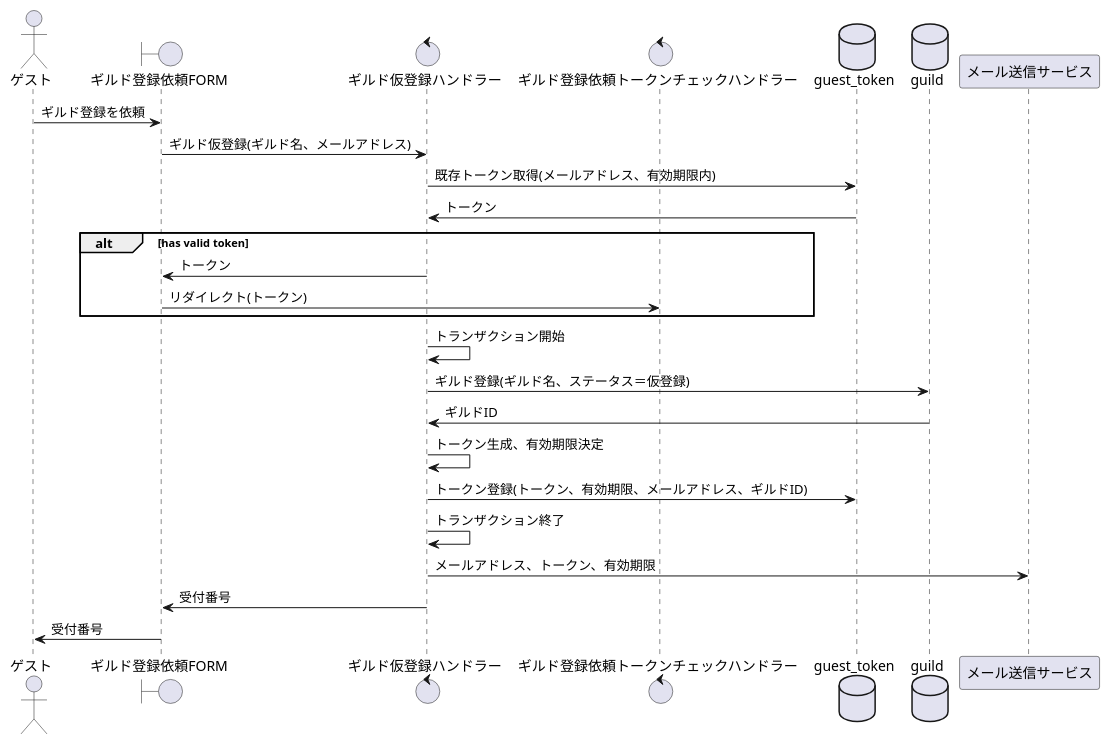
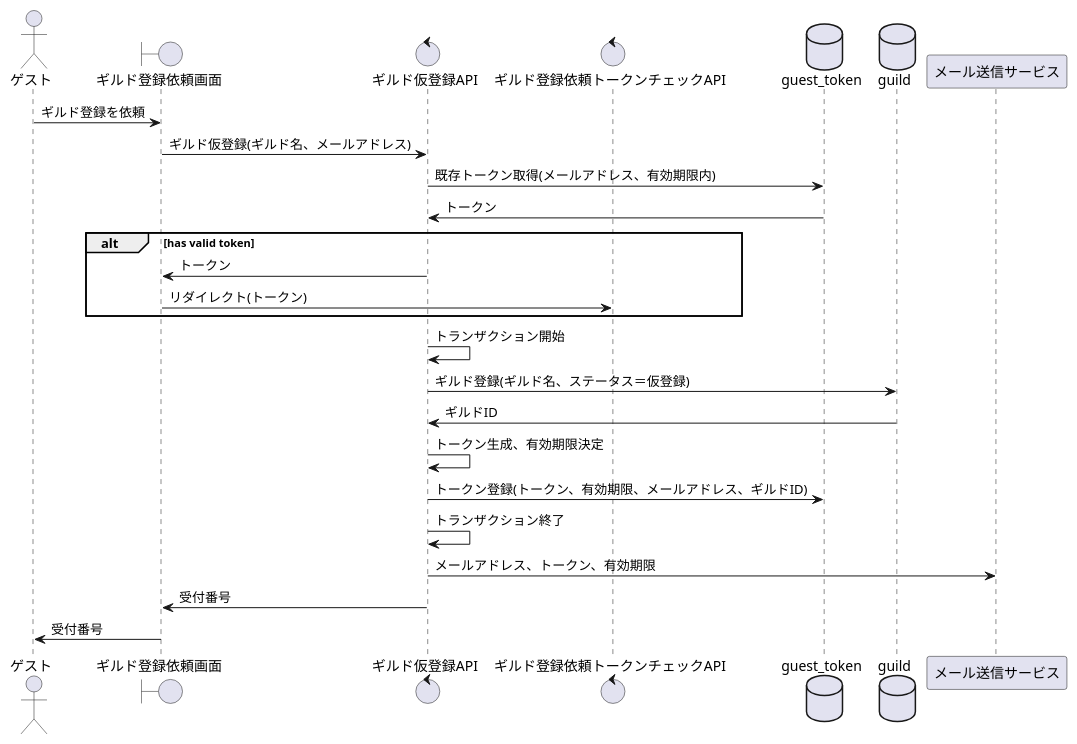
The diagram in design/sequence/001_ギルド登録を依頼（仮登録）する.puml (sky0621/familiagildo), drawn with PlantUML before and after one commit. The commit also changed 3 other files, not shown here.

```diff
--- a/design/sequence/001_ギルド登録を依頼（仮登録）する.puml
+++ b/design/sequence/001_ギルド登録を依頼（仮登録）する.puml
@@ -1,29 +1,29 @@
 @startuml
 
 actor ゲスト as guest
-boundary ギルド登録依頼FORM as form
-control ギルド仮登録ハンドラー as handler
-control ギルド登録依頼トークンチェックハンドラー as handler2
+boundary ギルド登録依頼画面 as form
+control ギルド仮登録API as handler
+control ギルド登録依頼トークンチェックAPI as handler2
 database guest_token
 database guild
 participant メール送信サービス as mail
 
 guest -> form:ギルド登録を依頼
 form -> handler:ギルド仮登録(ギルド名、メールアドレス)
 handler -> guest_token:既存トークン取得(メールアドレス、有効期限内)
 guest_token -> handler:トークン
 alt has valid token
 handler -> form:トークン
 form -> handler2:リダイレクト(トークン)
 end
 handler -> handler:トランザクション開始
 handler -> guild:ギルド登録(ギルド名、ステータス＝仮登録)
 guild -> handler:ギルドID
 handler -> handler:トークン生成、有効期限決定
 handler -> guest_token:トークン登録(トークン、有効期限、メールアドレス、ギルドID)
 handler -> handler:トランザクション終了
 handler -> mail:メールアドレス、トークン、有効期限
 handler -> form:受付番号
 form -> guest:受付番号
 
 @enduml
```
